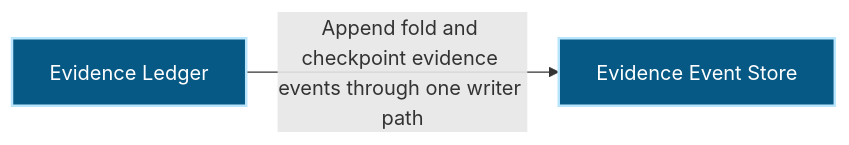
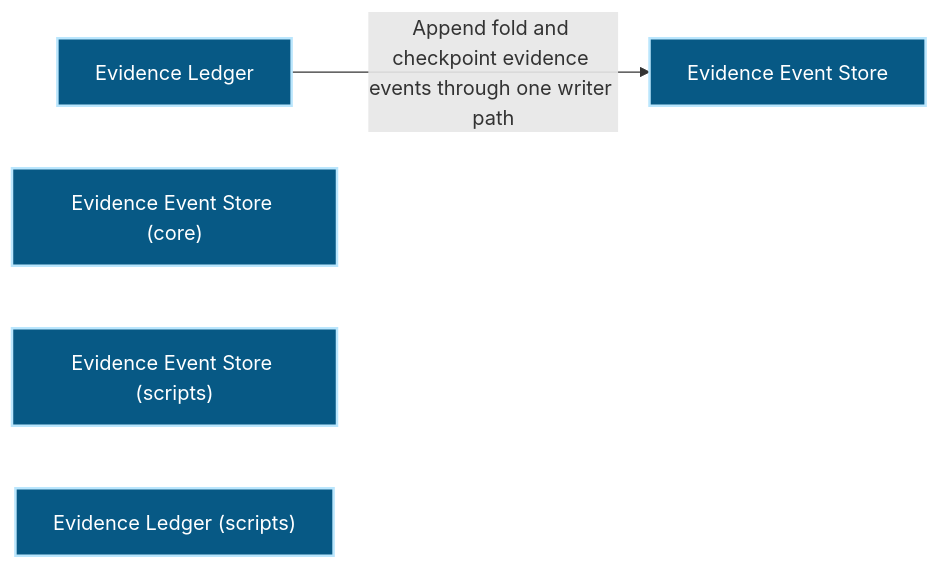
Before and after one commit to Ancienttwo/repo-harness: the first of 2 diagrams in docs/architecture/modules/runtime-harness/evidence-ledger.md, drawn with Mermaid. The commit also changed other lines of this file and 32 other files, not shown here.

First line of the commit message:
chore(projection): refresh generated architecture outputs for main@4c37d26d25c7

````diff
--- a/docs/architecture/modules/runtime-harness/evidence-ledger.md
+++ b/docs/architecture/modules/runtime-harness/evidence-ledger.md
@@ -16,10 +16,13 @@
 ```mermaid
 flowchart LR
   p1_capability_runtime_harness_evidence_ledger_2fe63ef5["Evidence Ledger"]:::component
   p1_component_evidence_ledger_primary_1ca47146["Evidence Event Store"]:::component
+  p1_component_evidence_ledger_primary_core_90537d7c["Evidence Event Store (core)"]:::component
+  p1_component_evidence_ledger_primary_scripts_c1f867de["Evidence Event Store (scripts)"]:::component
+  p1_component_evidence_ledger_scripts_layer_18a83ed8["Evidence Ledger (scripts)"]:::component
   p1_capability_runtime_harness_evidence_ledger_2fe63ef5 -->|"Append fold and checkpoint evidence events through one writer path"| p1_component_evidence_ledger_primary_1ca47146
   classDef actor fill:#111827,color:#ffffff,stroke:#f9fafb,stroke-width:2px
   classDef component fill:#075985,color:#ffffff,stroke:#bae6fd,stroke-width:2px
   classDef datastore fill:#3f6212,color:#ffffff,stroke:#d9f99d,stroke-width:2px
   classDef external fill:#7c2d12,color:#ffffff,stroke:#fed7aa,stroke-width:2px
 ```
````
